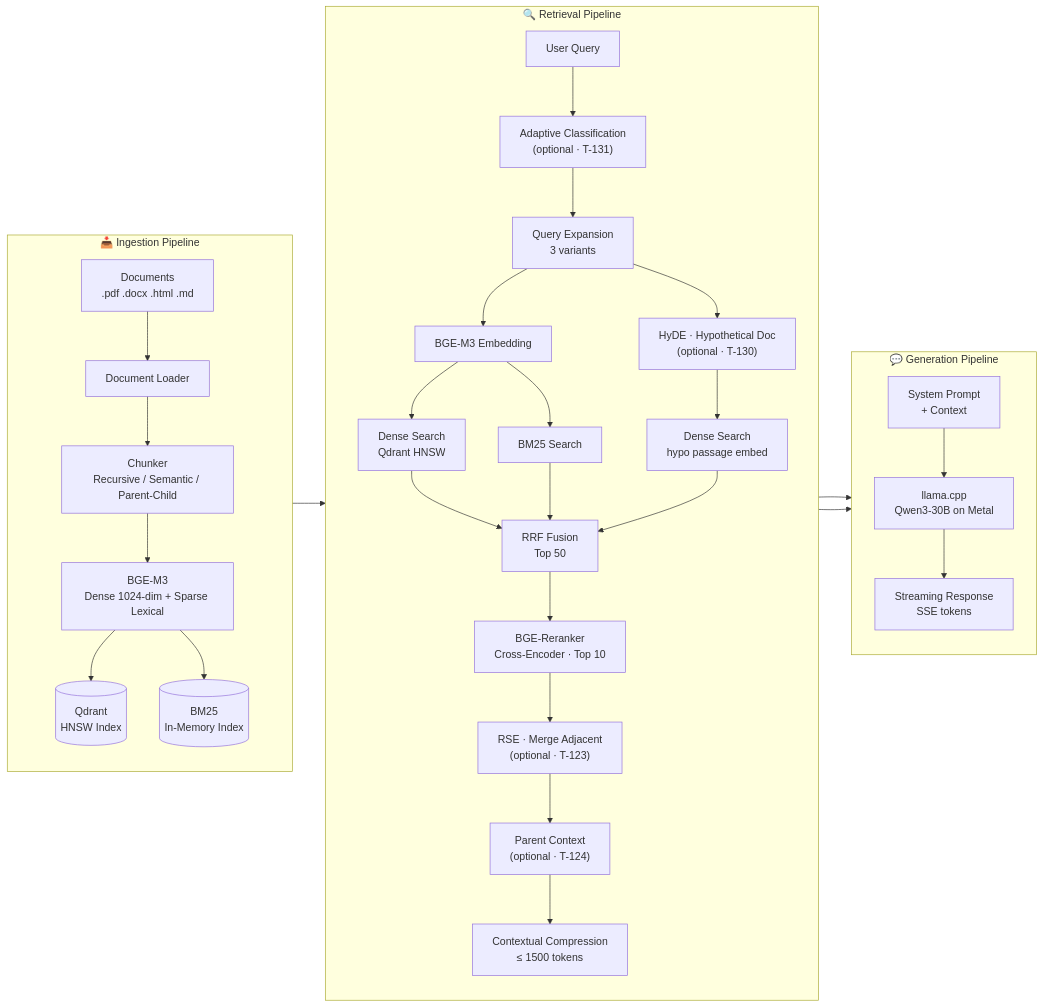
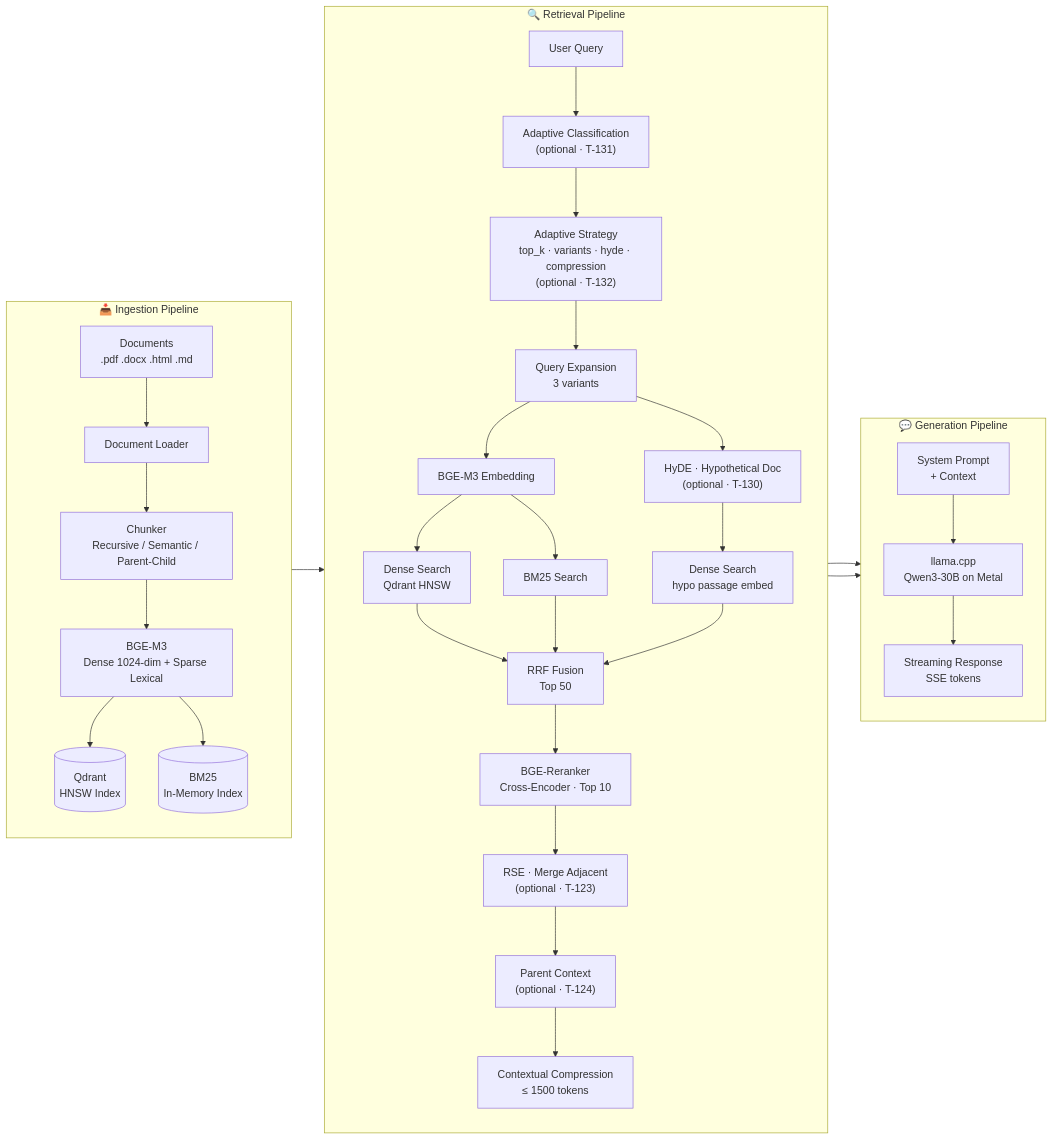
One commit to ealbertoav/rag_platform changed the first of 10 diagrams in README.md. Above: the diagram before and after it, drawn with Mermaid. The commit also changed other lines of this file and 14 other files, not shown here.

````diff
--- a/README.md
+++ b/README.md
@@ -44,39 +44,40 @@
 ```mermaid
 flowchart LR
     subgraph INGEST["📥 Ingestion Pipeline"]
         direction TB
         D["Documents<br/>.pdf .docx .html .md"] --> L[Document Loader]
         L --> C["Chunker<br/>Recursive / Semantic / Parent-Child"]
         C --> E["BGE-M3<br/>Dense 1024-dim + Sparse Lexical"]
         E --> Q[("Qdrant<br/>HNSW Index")]
         E --> B[("BM25<br/>In-Memory Index")]
     end
 
     subgraph RETRIEVE["🔍 Retrieval Pipeline"]
         direction TB
         QX["User Query"] --> ADAPT["Adaptive Classification<br/>(optional · T-131)"]
-        ADAPT --> EXP["Query Expansion<br/>3 variants"]
+        ADAPT --> STRAT["Adaptive Strategy<br/>top_k · variants · hyde · compression<br/>(optional · T-132)"]
+        STRAT --> EXP["Query Expansion<br/>3 variants"]
         EXP --> EM[BGE-M3 Embedding]
         EXP --> HYDE["HyDE · Hypothetical Doc<br/>(optional · T-130)"]
         HYDE --> DS2["Dense Search<br/>hypo passage embed"]
         EM --> DS["Dense Search<br/>Qdrant HNSW"]
         EM --> BS[BM25 Search]
         DS --> RF["RRF Fusion<br/>Top 50"]
         DS2 --> RF
         BS --> RF
         RF --> RR["BGE-Reranker<br/>Cross-Encoder · Top 10"]
         RR --> RSE["RSE · Merge Adjacent<br/>(optional · T-123)"]
         RSE --> PC["Parent Context<br/>(optional · T-124)"]
         PC --> CC["Contextual Compression<br/>≤ 1500 tokens"]
     end
 
     subgraph GENERATE["💬 Generation Pipeline"]
         direction TB
         CC --> PR["System Prompt<br/>+ Context"]
         PR --> LLM["llama.cpp<br/>Qwen3-30B on Metal"]
         LLM --> SSE["Streaming Response<br/>SSE tokens"]
     end
 
     INGEST --> RETRIEVE
     RETRIEVE --> GENERATE
 ```
````
